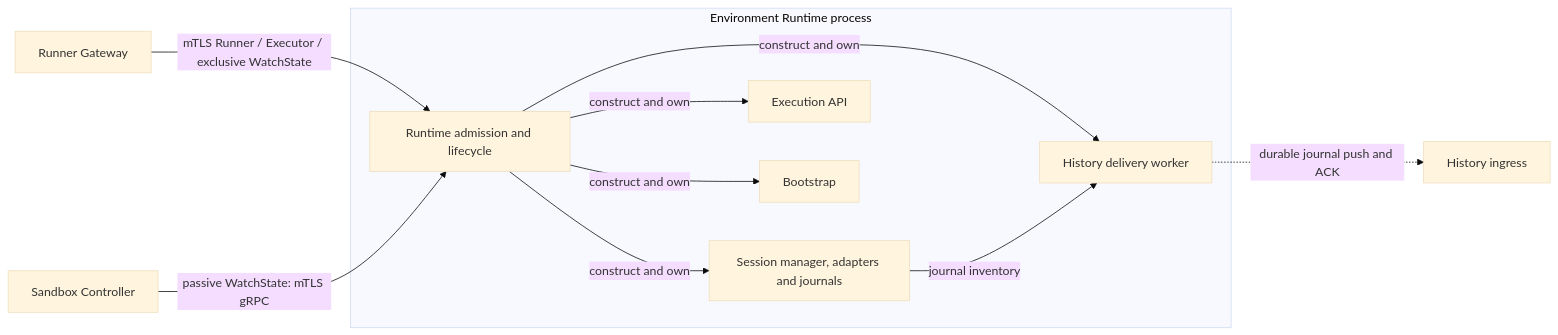
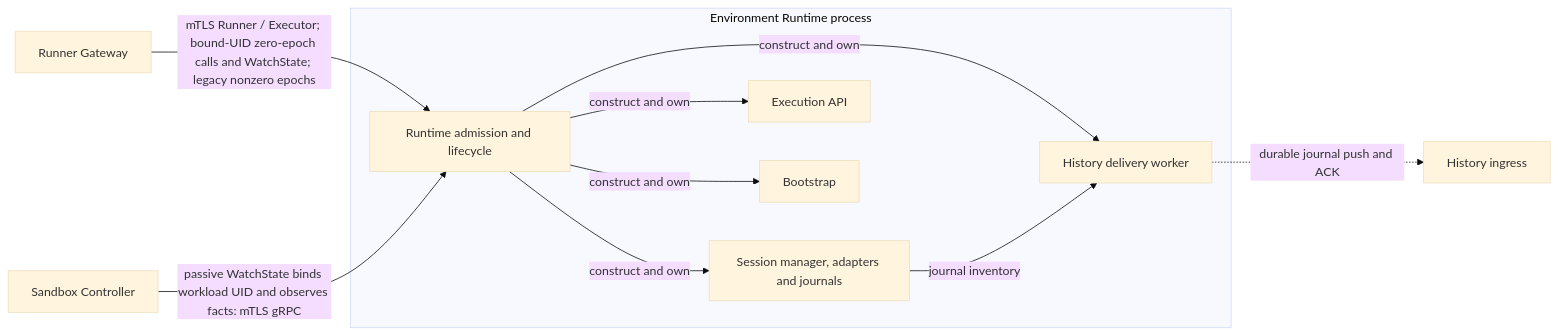
One commit to agentydragon/ducktape changed the fourth of 9 diagrams in agentplane/docs/system_overview.md. Above: the diagram before and after it, drawn with Mermaid (base theme). The commit also changed other lines of this file and 15 other files, not shown here.

Commit message:
Bind Runtime incarnation through Controller observation and allow independent Gateway watches

````diff
--- a/agentplane/docs/system_overview.md
+++ b/agentplane/docs/system_overview.md
@@ -377,17 +379,17 @@
 ```mermaid
 flowchart LR
     gateway[Runner Gateway]
     subgraph environment_runtime[Environment Runtime process]
       runtime[Runtime admission and lifecycle]
       sessions[Session manager, adapters and journals]
       execution[Execution API]
       bootstrap[Bootstrap]
       delivery[History delivery worker]
       runtime -->|construct and own| sessions & execution & bootstrap & delivery
       sessions -->|journal inventory| delivery
     end
     history[History ingress]
-    gateway -->|mTLS Runner / Executor / exclusive WatchState| runtime
-    sandboxctl[Sandbox Controller] -->|passive WatchState: mTLS gRPC| runtime
+    gateway -->|mTLS Runner / Executor; bound-UID zero-epoch calls and WatchState; legacy nonzero epochs| runtime
+    sandboxctl[Sandbox Controller] -->|passive WatchState binds workload UID and observes facts: mTLS gRPC| runtime
     delivery -.->|durable journal push and ACK| history
 ```
````
